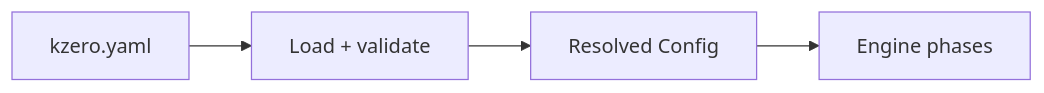
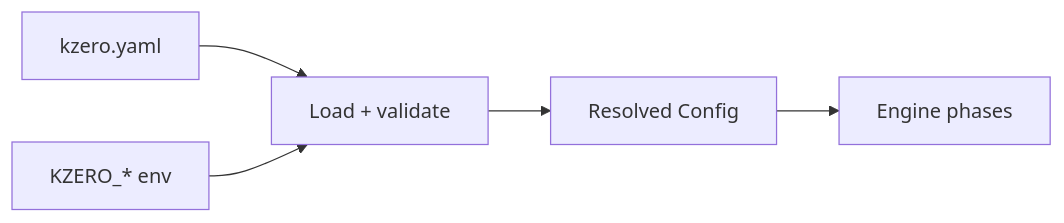
The sixth of 7 diagrams in docs/diagrams.md (hrodrig/kzero), drawn with Mermaid before and after one commit. The commit also changed other lines of this file and 34 other files, not shown here.

````diff
--- a/docs/diagrams.md
+++ b/docs/diagrams.md
@@ -98,6 +117,7 @@
 ```mermaid
 flowchart LR
   Y[kzero.yaml] --> L[Load + validate]
+  E[KZERO_* env] --> L
   L --> G[Resolved Config]
-  G --> E[Engine phases]
+  G --> Eng[Engine phases]
 ```
````
